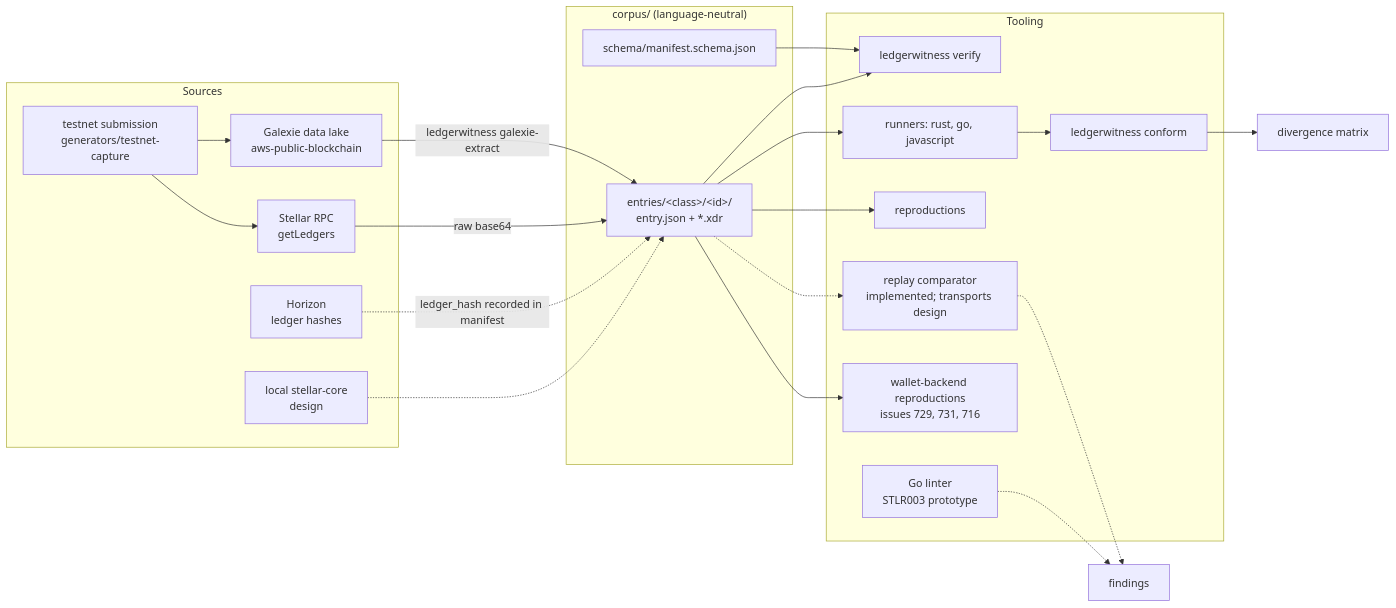
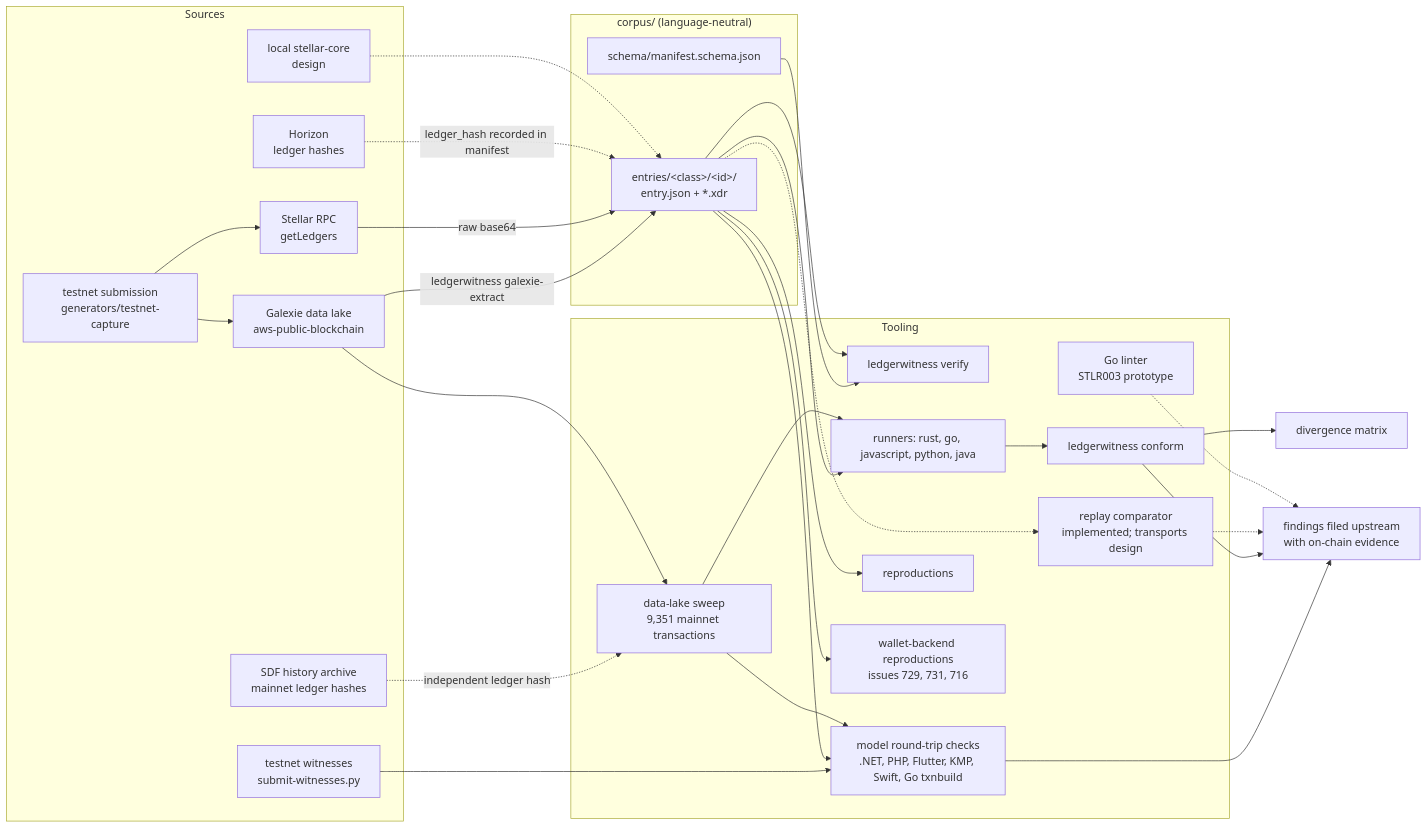
Before and after one commit to LedgerWitness/ledgerwitness: the first of 3 diagrams in docs/architecture.md, drawn with Mermaid. The commit also changed other lines of this file and 3 other files, not shown here.

First line of the commit message:
Update the README, architecture and contributor docs to the current state

````diff
--- a/docs/architecture.md
+++ b/docs/architecture.md
@@ -124,39 +131,50 @@
 ```mermaid
 flowchart LR
   subgraph Sources
     DL[Galexie data lake<br/>aws-public-blockchain]
     RPC[Stellar RPC<br/>getLedgers]
     TN[testnet submission<br/>generators/testnet-capture]
+    WIT[testnet witnesses<br/>submit-witnesses.py]
     HZ[Horizon<br/>ledger hashes]
+    HA[SDF history archive<br/>mainnet ledger hashes]
     CORE[local stellar-core<br/>design]
   end
 
   subgraph Corpus["corpus/ (language-neutral)"]
     SCHEMA[schema/manifest.schema.json]
     ENTRIES[entries/&lt;class&gt;/&lt;id&gt;/<br/>entry.json + *.xdr]
   end
 
   subgraph Tooling
     LCK[ledgerwitness verify]
-    RUN[runners: rust, go, javascript]
+    RUN[runners: rust, go, javascript, python, java]
+    SWEEP[data-lake sweep<br/>9,351 mainnet transactions]
+    MODEL[model round-trip checks<br/>.NET, PHP, Flutter, KMP, Swift, Go txnbuild]
     CONF[ledgerwitness conform]
     REPRO[reproductions]
     REPLAY[replay comparator<br/>implemented; transports design]
     WB[wallet-backend reproductions<br/>issues 729, 731, 716]
     LINT[Go linter<br/>STLR003 prototype]
   end
 
   TN --> RPC
   TN --> DL
   DL -->|ledgerwitness galexie-extract| ENTRIES
   RPC -->|raw base64| ENTRIES
   HZ -.->|ledger_hash recorded in manifest| ENTRIES
   CORE -.-> ENTRIES
   SCHEMA --> LCK
   ENTRIES --> LCK
   ENTRIES --> RUN --> CONF --> MATRIX[divergence matrix]
   ENTRIES --> REPRO
   ENTRIES --> WB
-  ENTRIES -.-> REPLAY -.-> FINDINGS[findings]
+  HA -.->|independent ledger hash| SWEEP
+  DL --> SWEEP --> RUN
+  WIT --> MODEL
+  ENTRIES --> MODEL
+  SWEEP --> MODEL
+  MODEL --> FINDINGS[findings filed upstream<br/>with on-chain evidence]
+  CONF --> FINDINGS
+  ENTRIES -.-> REPLAY -.-> FINDINGS
   LINT -.-> FINDINGS
 ```
````
